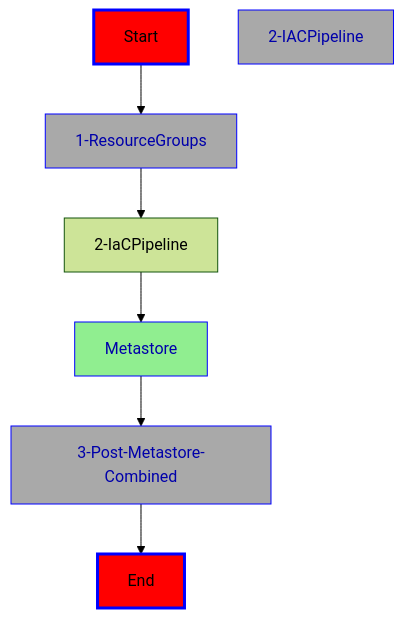
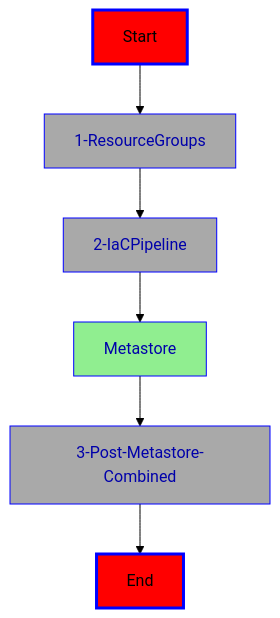
The diagram in iac-adb-360/README.md (Azure/Databricks360), drawn with Mermaid (forest theme) before and after one commit.

Commit message:
fixed mermaid iac

````diff
--- a/iac-adb-360/README.md
+++ b/iac-adb-360/README.md
@@ -80,15 +80,15 @@
 ```mermaid
 flowchart TD
 Start --> 1-ResourceGroups
 style Start fill:red,stroke:blue,stroke-width:3px,shadow:shadow
 1-ResourceGroups --> 2-IaCPipeline
 style 1-ResourceGroups fill:darkgray,stroke:blue,stroke-witdth:3px,shadow:shadow,color:#0000aa
 2-IaCPipeline --> Metastore
-style 2-IACPipeline fill:darkgray,stroke:blue,stroke-witdth:3px,shadow:shadow,color:#0000aa
+style 2-IaCPipeline fill:darkgray,stroke:blue,stroke-witdth:3px,shadow:shadow,color:#0000aa
 Metastore --> 3-Post-Metastore-Combined
 style Metastore fill:lightgreen,stroke:blue,stroke-witdth:3px,shadow:shadow,color:#0000aa
 3-Post-Metastore-Combined --> End
 style 3-Post-Metastore-Combined fill:darkgray,stroke:blue,stroke-witdth:3px,shadow:shadow,color:#0000aa
 style End fill:red,stroke:blue,stroke-width:3px,shadow:shadow
 
 ```
````
